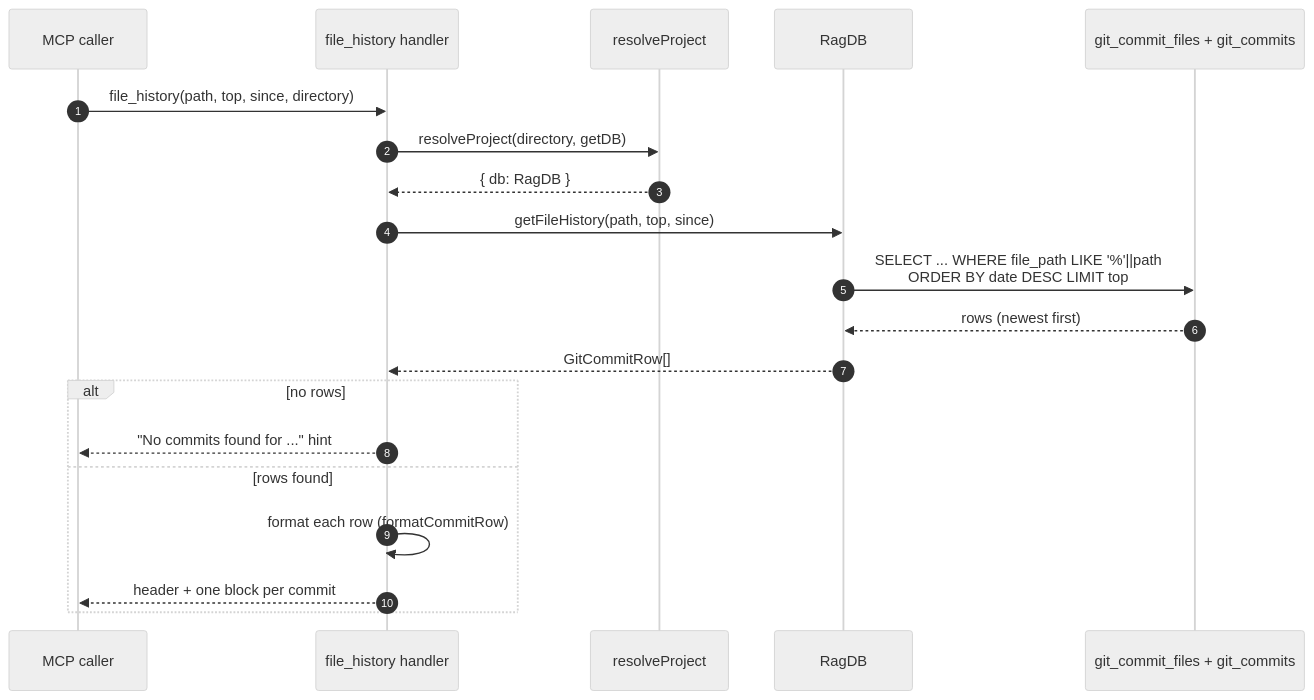
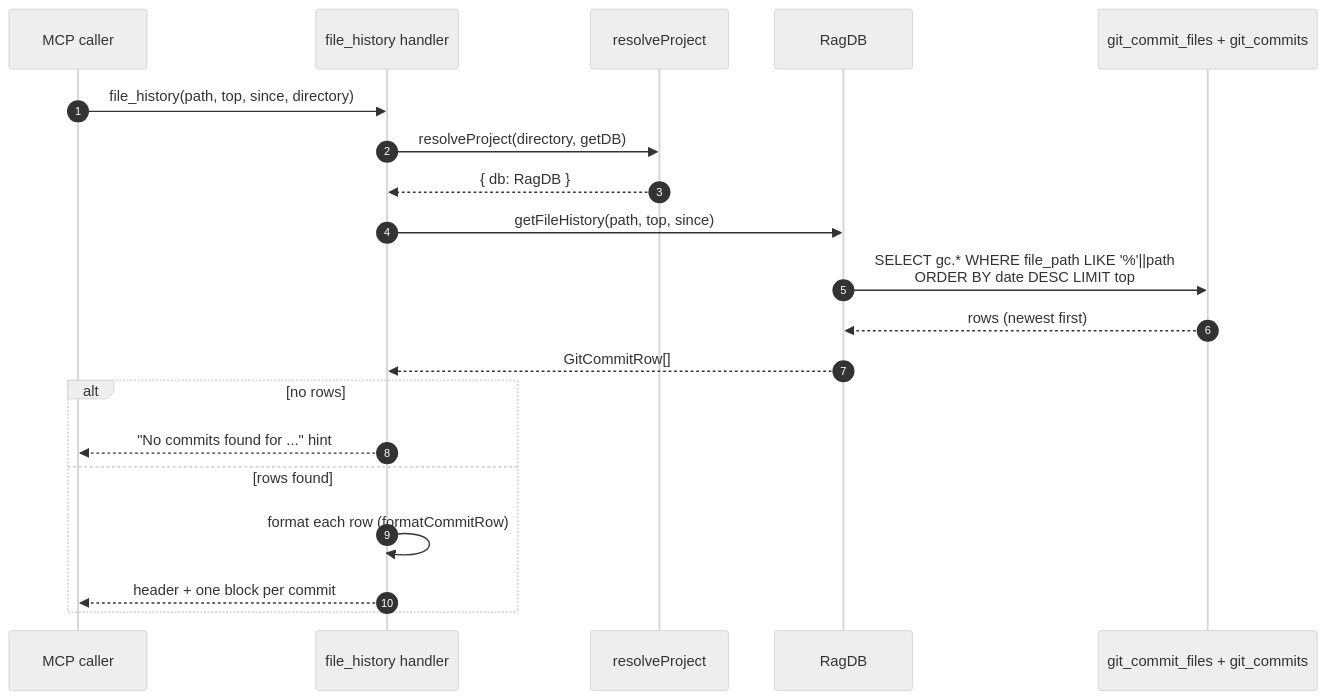
One commit to TheWinci/mimirs changed the diagram in wiki/tools/file-history.md. Above: the diagram before and after it, drawn with Mermaid (neutral theme). The commit also changed other lines of this file and 55 other files, not shown here.

````diff
--- a/wiki/tools/file-history.md
+++ b/wiki/tools/file-history.md
@@ -15,22 +15,22 @@
 ```mermaid
 sequenceDiagram
     autonumber
     participant Caller as MCP caller
     participant Tool as file_history handler
     participant Resolve as resolveProject
     participant RagDB
     participant SQLite as git_commit_files + git_commits
     Caller->>Tool: file_history(path, top, since, directory)
     Tool->>Resolve: resolveProject(directory, getDB)
     Resolve-->>Tool: { db: RagDB }
     Tool->>RagDB: getFileHistory(path, top, since)
-    RagDB->>SQLite: SELECT ... WHERE file_path LIKE '%'||path<br>ORDER BY date DESC LIMIT top
+    RagDB->>SQLite: SELECT gc.* WHERE file_path LIKE '%'||path<br>ORDER BY date DESC LIMIT top
     SQLite-->>RagDB: rows (newest first)
     RagDB-->>Tool: GitCommitRow[]
     alt no rows
         Tool-->>Caller: "No commits found for ..." hint
     else rows found
         Tool->>Tool: format each row (formatCommitRow)
         Tool-->>Caller: header + one block per commit
     end
 ```
````
